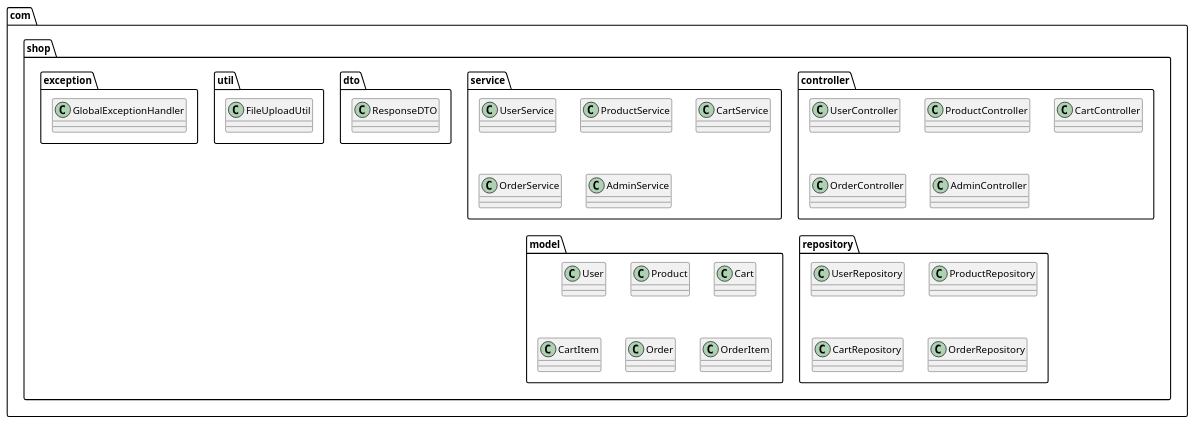
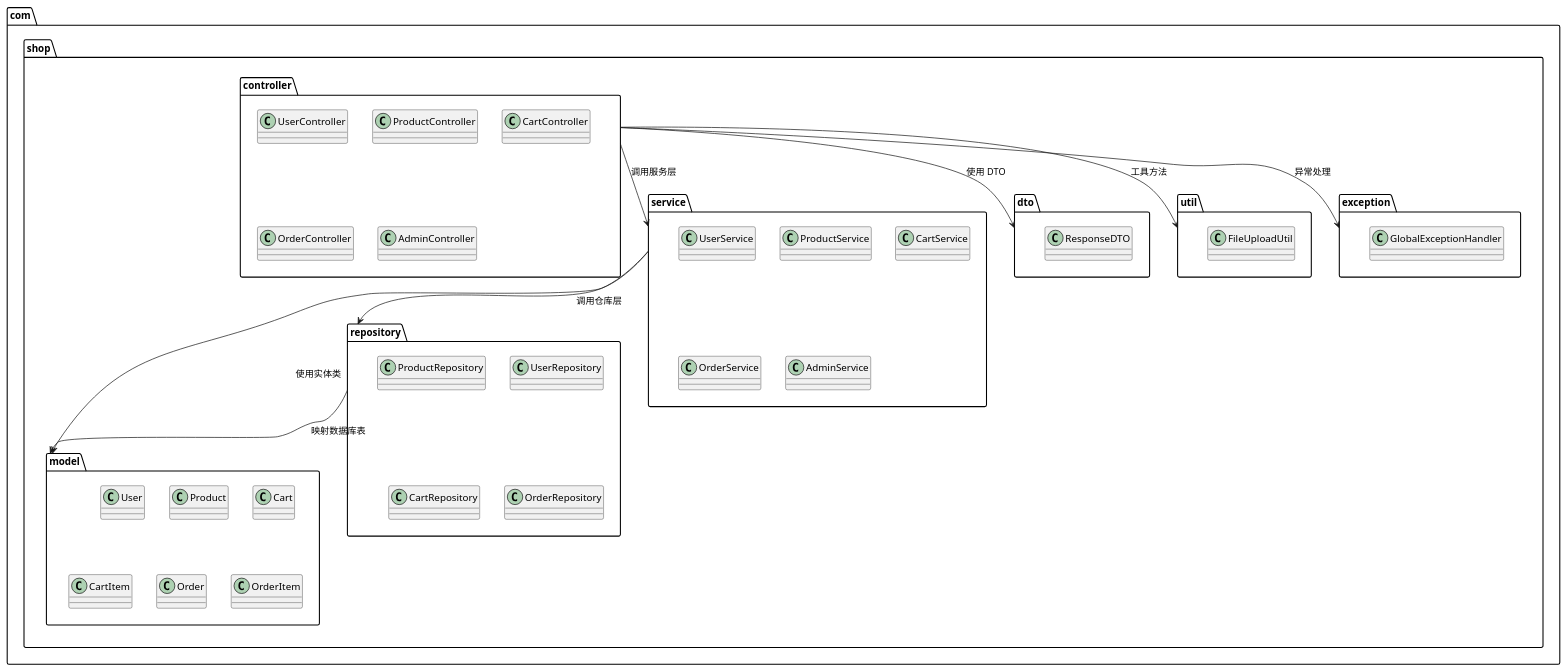
Before and after one commit to lyds1018/uml_final_assignment: the first of 2 diagrams in summary_design.md, drawn with PlantUML. The commit also changed other lines of this file, not shown here.

Commit message:
vault backup: 2025-11-03 13:48:31

````diff
--- a/summary_design.md
+++ b/summary_design.md
@@ -69,47 +78,59 @@
 ```plantuml
 @startuml package_structure
+
 package "com.shop.controller" {
   class UserController
   class ProductController
   class CartController
   class OrderController
   class AdminController
 }
 
 package "com.shop.service" {
   class UserService
   class ProductService
   class CartService
   class OrderService
   class AdminService
 }
 
 package "com.shop.repository" {
   class UserRepository
   class ProductRepository
   class CartRepository
   class OrderRepository
 }
 
 package "com.shop.model" {
   class User
   class Product
   class Cart
   class CartItem
   class Order
   class OrderItem
 }
 
 package "com.shop.dto" {
   class ResponseDTO
 }
 
 package "com.shop.util" {
   class FileUploadUtil
 }
 
 package "com.shop.exception" {
   class GlobalExceptionHandler
 }
+
+' 定义包之间的依赖关系
+"com.shop.controller" --> "com.shop.service" : 调用服务层
+"com.shop.service" --> "com.shop.repository" : 调用仓库层
+"com.shop.service" --> "com.shop.model" : 使用实体类
+"com.shop.repository" --> "com.shop.model" : 映射数据库表
+"com.shop.controller" --> "com.shop.dto" : 使用 DTO
+"com.shop.controller" --> "com.shop.exception" : 异常处理
+"com.shop.controller" --> "com.shop.util" : 工具方法
+
 @enduml
+
 ```
````
